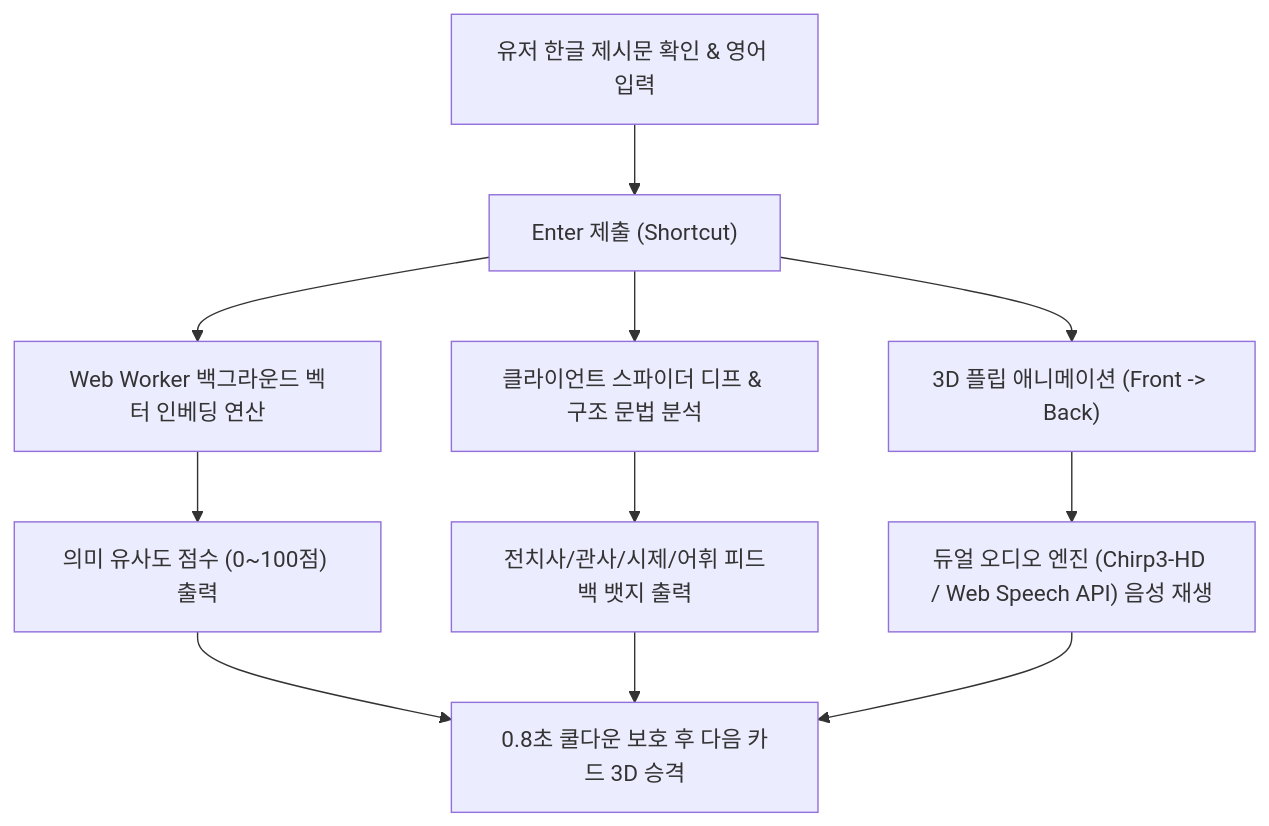
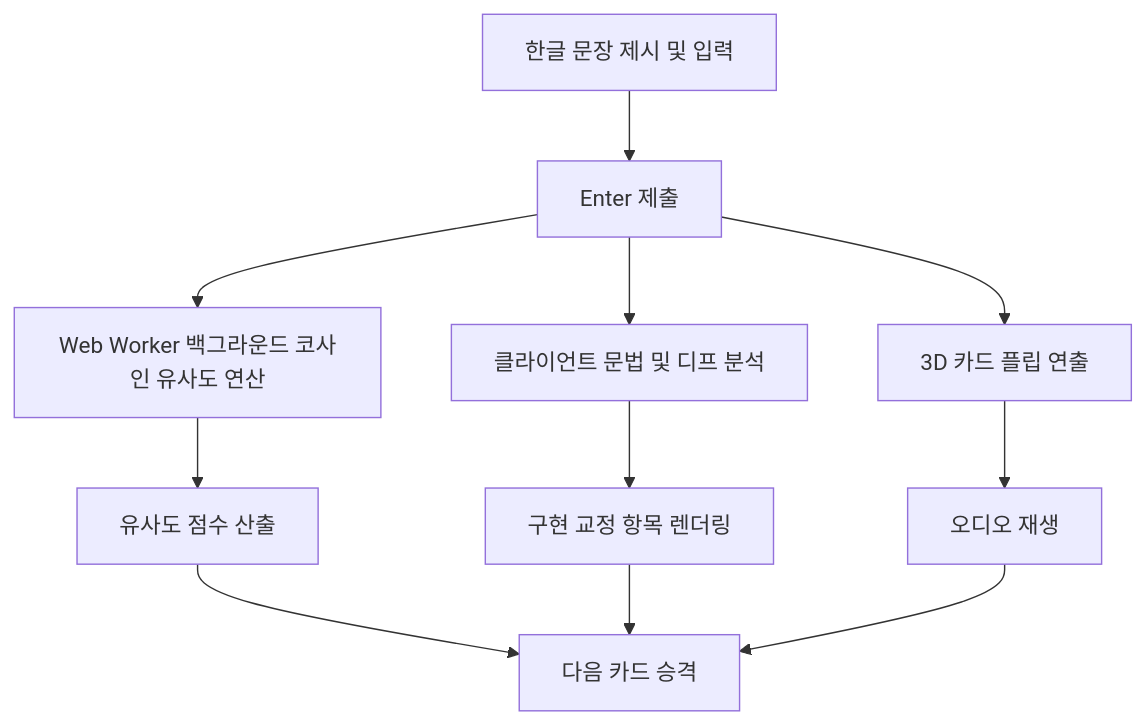
The diagram in README.md (lee04jinwoo-sys/translation-game), drawn with Mermaid before and after one commit. The commit also changed other lines of this file, not shown here.

````diff
--- a/README.md
+++ b/README.md
@@ -38,11 +28,11 @@
 ```mermaid
 graph TD
-    A["유저 한글 제시문 확인 & 영어 입력"] --> B["Enter 제출 (Shortcut)"]
-    B --> C["3D 플립 애니메이션 (Front -> Back)"]
-    B --> D["Web Worker 백그라운드 벡터 인베딩 연산"]
-    B --> E["클라이언트 스파이더 디프 & 구조 문법 분석"]
-    D --> F["의미 유사도 점수 (0~100점) 출력"]
-    E --> G["전치사/관사/시제/어휘 피드백 뱃지 출력"]
-    C --> H["듀얼 오디오 엔진 (Chirp3-HD / Web Speech API) 음성 재생"]
-    F & G & H --> I["0.8초 쿨다운 보호 후 다음 카드 3D 승격"]
+    A[한글 문장 제시 및 입력] --> B[Enter 제출]
+    B --> C[3D 카드 플립 연출]
+    B --> D[Web Worker 백그라운드 코사인 유사도 연산]
+    B --> E[클라이언트 문법 및 디프 분석]
+    D --> F[유사도 점수 산출]
+    E --> G[구현 교정 항목 렌더링]
+    C --> H[오디오 재생]
+    F & G & H --> I[다음 카드 승격]
 ```
````
